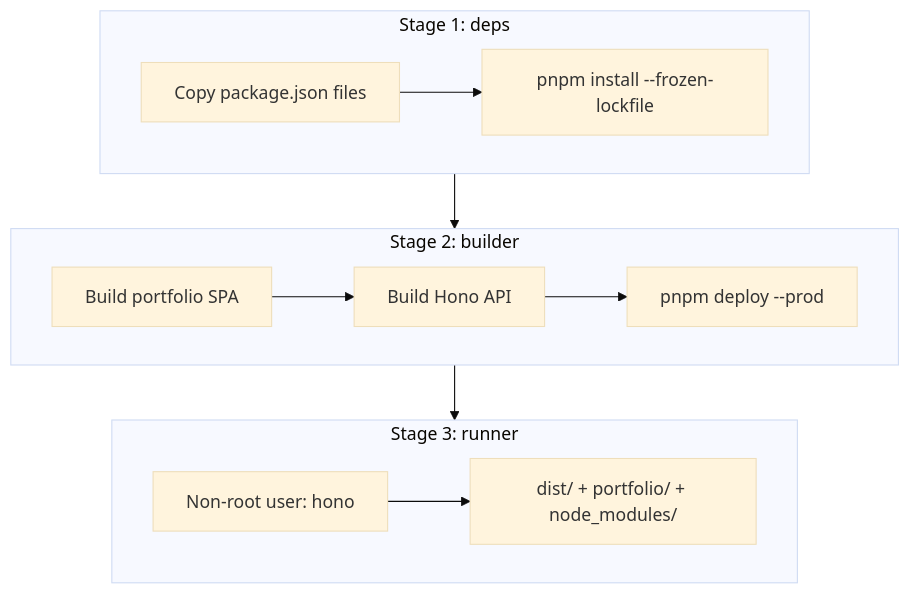
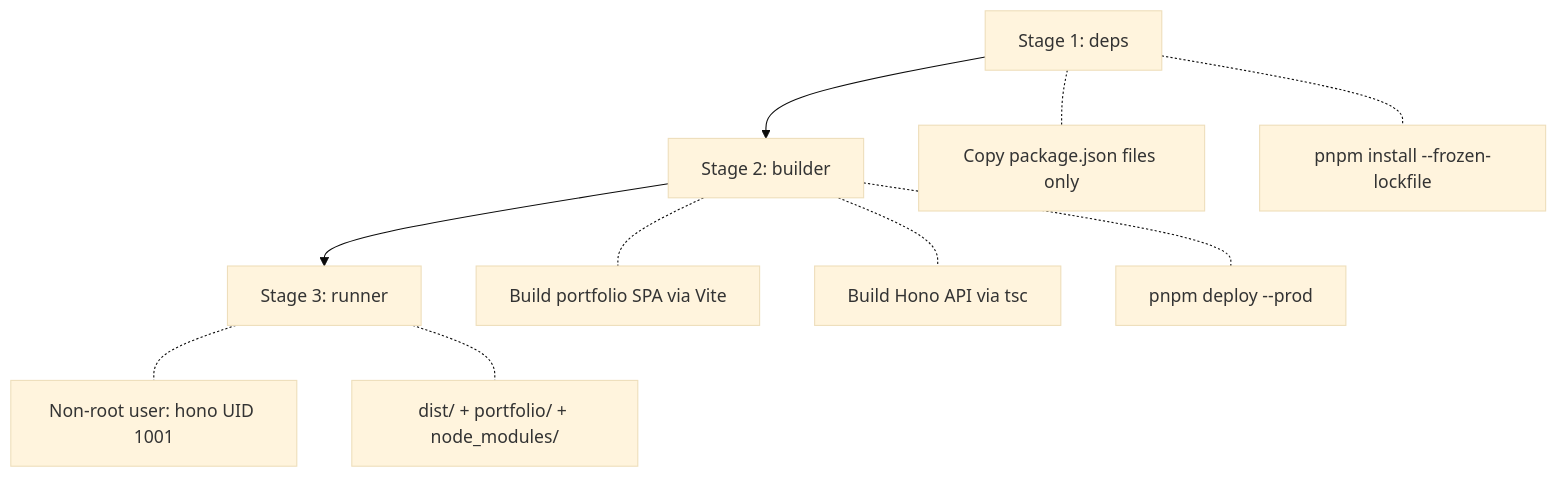
One commit to IsaiaScope/monorepoonfire changed the diagram in doc/docker-deployment-guide.md. Above: the diagram before and after it, drawn with Mermaid (base theme). The commit also changed other lines of this file and 48 other files, not shown here.

````diff
--- a/doc/docker-deployment-guide.md
+++ b/doc/docker-deployment-guide.md
@@ -26,23 +21,13 @@
 ```mermaid
-flowchart TB
-    subgraph deps["Stage 1: deps"]
-        D1[Copy package.json files]
-        D2[pnpm install --frozen-lockfile]
-        D1 --> D2
-    end
+graph TD
+    D[Stage 1: deps] --> B[Stage 2: builder]
+    B --> R[Stage 3: runner]
 
-    subgraph builder["Stage 2: builder"]
-        B1[Build portfolio SPA]
-        B2[Build Hono API]
-        B3[pnpm deploy --prod]
-        B1 --> B2 --> B3
-    end
-
-    subgraph runner["Stage 3: runner"]
-        R1[Non-root user: hono]
-        R2[dist/ + portfolio/ + node_modules/]
-        R1 --> R2
-    end
-
-    deps --> builder --> runner
+    D -.- D1[Copy package.json files only]
+    D -.- D2[pnpm install --frozen-lockfile]
+    B -.- B1[Build portfolio SPA via Vite]
+    B -.- B2[Build Hono API via tsc]
+    B -.- B3[pnpm deploy --prod]
+    R -.- R1[Non-root user: hono UID 1001]
+    R -.- R2[dist/ + portfolio/ + node_modules/]
 ```
````
